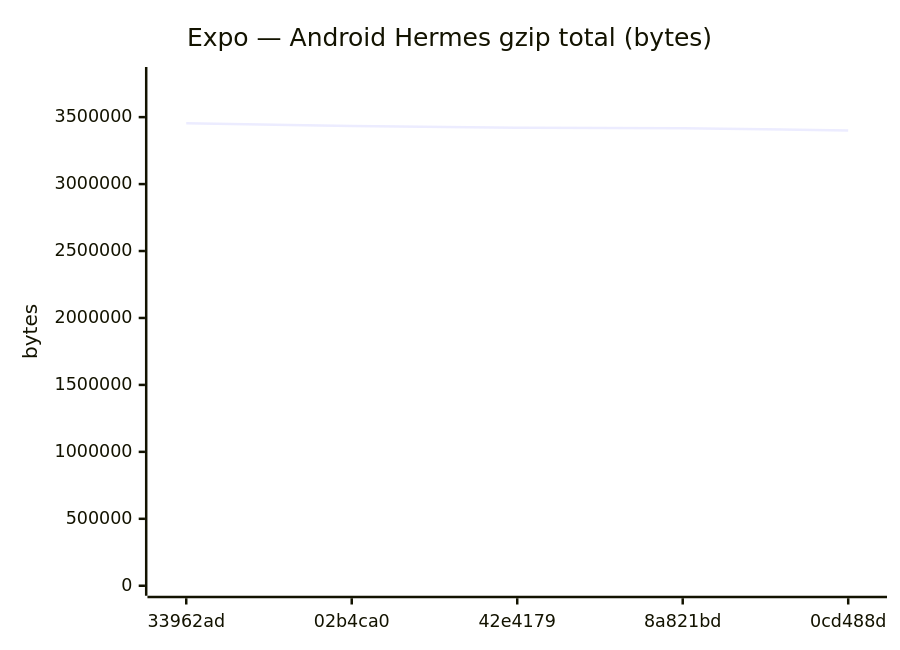
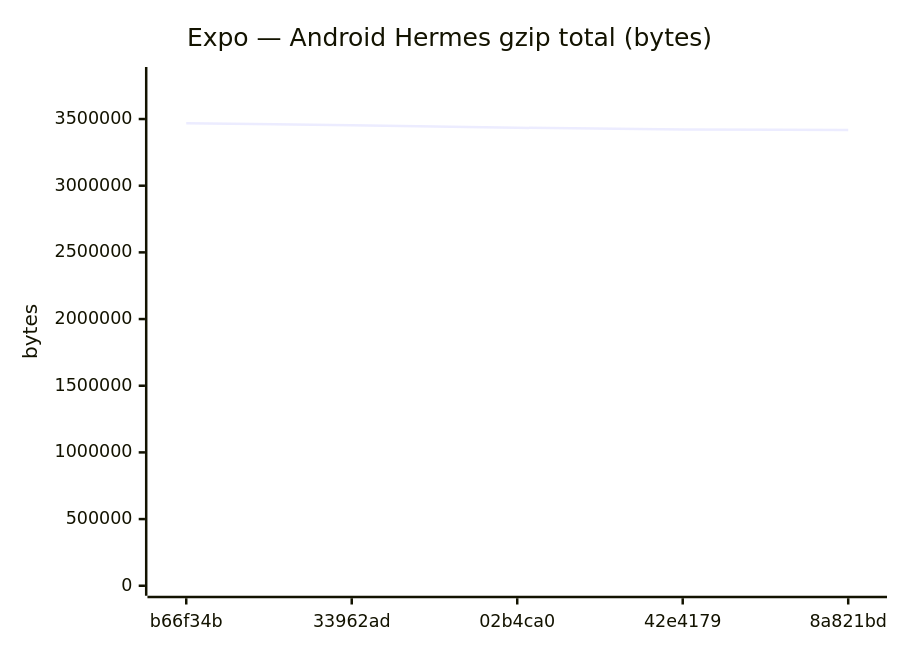
Before and after one commit to Metaheurist/Rianell: diagram 11 of 18 in benchmarks/compare.md, drawn with Mermaid. The commit also changed other lines of this file and 11 other files, not shown here.

````diff
--- a/benchmarks/compare.md
+++ b/benchmarks/compare.md
@@ -172,7 +172,7 @@
 ```mermaid
 xychart-beta
     title "Expo — Android Hermes gzip total (bytes)"
-    x-axis ["33962ad", "02b4ca0", "42e4179", "8a821bd", "0cd488d"]
-    y-axis "bytes" 0 --> 3799693
-    line [3454266, 3434635, 3421569, 3417622, 3400545]
+    x-axis ["b66f34b", "33962ad", "02b4ca0", "42e4179", "8a821bd"]
+    y-axis "bytes" 0 --> 3815172
+    line [3468338, 3454266, 3434635, 3421569, 3417622]
 ```
````
